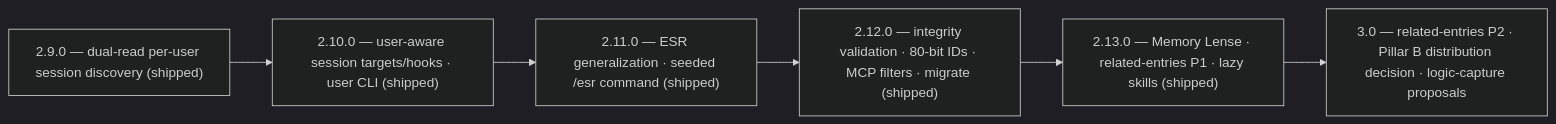
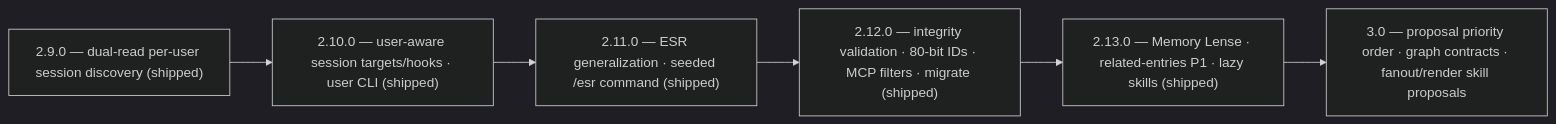
Before and after one commit to jnl-tshi/memory-seed: the eighth of 8 diagrams in docs/functionality-audit.md, drawn with Mermaid (dark theme). The commit also changed other lines of this file and 28 other files, not shown here.

````diff
--- a/docs/functionality-audit.md
+++ b/docs/functionality-audit.md
@@ -398,10 +405,10 @@
 ```mermaid
 graph LR
   V29["2.9.0 — dual-read per-user session discovery (shipped)"]
   V210["2.10.0 — user-aware session targets/hooks · user CLI (shipped)"]
   V211["2.11.0 — ESR generalization · seeded /esr command (shipped)"]
   V212["2.12.0 — integrity validation · 80-bit IDs · MCP filters · migrate (shipped)"]
   V213["2.13.0 — Memory Lense · related-entries P1 · lazy skills (shipped)"]
-  V30["3.0 — related-entries P2 · Pillar B distribution decision · logic-capture proposals"]
+  V30["3.0 — proposal priority order · graph contracts · fanout/render skill proposals"]
   V29 --> V210 --> V211 --> V212 --> V213 --> V30
 ```
````
